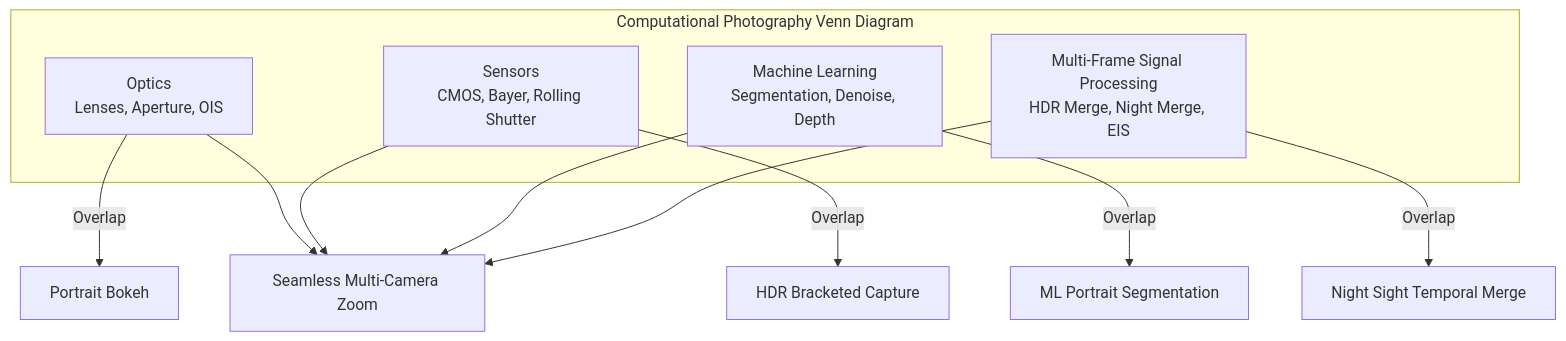
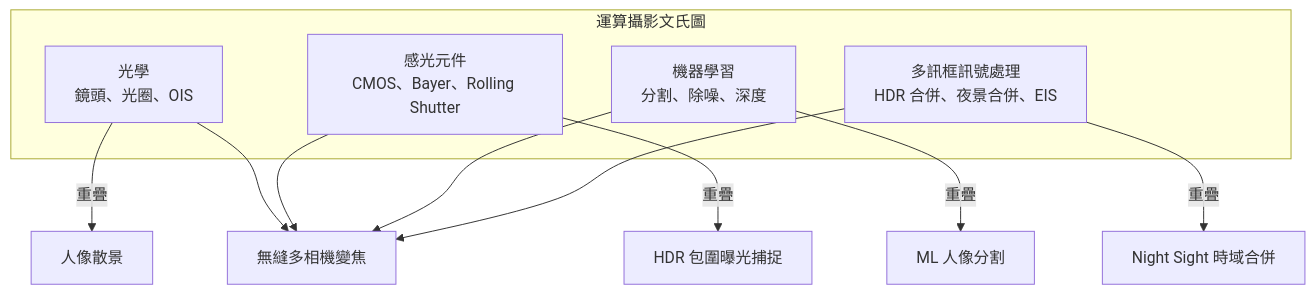
The seventh of 7 diagrams in website/i18n/zh-Hant/docusaurus-plugin-content-docs/current/camera2/what-can-modern-smartphone-cameras-do.md (zoozooll/AndroidCameraParameters), drawn with Mermaid before and after one commit. The commit also changed other lines of this file and 378 other files, not shown here.

````diff
--- a/website/i18n/zh-Hant/docusaurus-plugin-content-docs/current/camera2/what-can-modern-smartphone-cameras-do.md
+++ b/website/i18n/zh-Hant/docusaurus-plugin-content-docs/current/camera2/what-can-modern-smartphone-cameras-do.md
@@ -207,14 +207,14 @@
 ```mermaid
 graph TD
-    subgraph "Computational Photography Venn Diagram"
-        A[Optics\nLenses, Aperture, OIS]
-        B[Sensors\nCMOS, Bayer, Rolling Shutter]
-        C[Machine Learning\nSegmentation, Denoise, Depth]
-        D[Multi-Frame Signal Processing\nHDR Merge, Night Merge, EIS]
+    subgraph "運算攝影文氏圖"
+        A["光學<br/>鏡頭、光圈、OIS"]
+        B["感光元件<br/>CMOS、Bayer、Rolling Shutter"]
+        C["機器學習<br/>分割、除噪、深度"]
+        D["多訊框訊號處理<br/>HDR 合併、夜景合併、EIS"]
     end
-    A -- Overlap --> E[Portrait Bokeh]
-    B -- Overlap --> F[HDR Bracketed Capture]
-    C -- Overlap --> G[ML Portrait Segmentation]
-    D -- Overlap --> H[Night Sight Temporal Merge]
-    A & B & C & D --> I[Seamless Multi-Camera Zoom]
+    A -- 重疊 --> E["人像散景"]
+    B -- 重疊 --> F["HDR 包圍曝光捕捉"]
+    C -- 重疊 --> G["ML 人像分割"]
+    D -- 重疊 --> H["Night Sight 時域合併"]
+    A & B & C & D --> I["無縫多相機變焦"]
 ```
````
